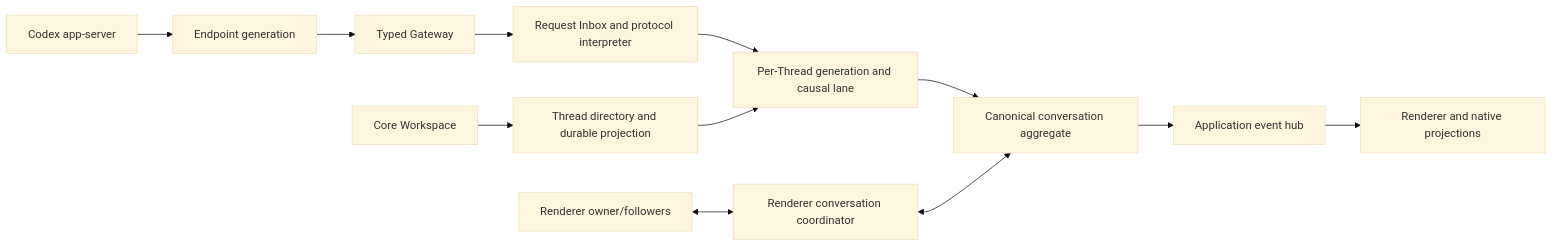
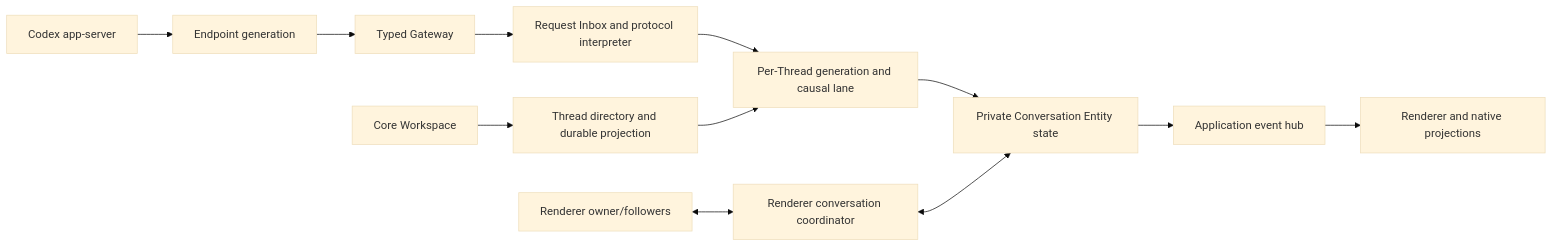
Before and after one commit to Asphocarp/nodex: the third of 3 diagrams in docs/ARCHITECTURE.md, drawn with Mermaid (base theme). The commit also changed other lines of this file and 184 other files, not shown here.

````diff
--- a/docs/ARCHITECTURE.md
+++ b/docs/ARCHITECTURE.md
@@ -541,14 +546,14 @@
 ```mermaid
 flowchart LR
     Server["Codex app-server"] --> Endpoint["Endpoint generation"]
     Endpoint --> Gateway["Typed Gateway"]
     Gateway --> Inbox["Request Inbox and protocol interpreter"]
     Core["Core Workspace"] --> Directory["Thread directory and durable projection"]
     Inbox --> Lane["Per-Thread generation and causal lane"]
     Directory --> Lane
-    Lane --> Aggregate["Canonical conversation aggregate"]
-    Aggregate --> Events["Application event hub"]
+    Lane --> Entity["Private Conversation Entity state"]
+    Entity --> Events["Application event hub"]
     Events --> Projection["Renderer and native projections"]
     Renderer["Renderer owner/followers"] <--> Coordinator["Renderer conversation coordinator"]
-    Coordinator <--> Aggregate
+    Coordinator <--> Entity
 ```
````
